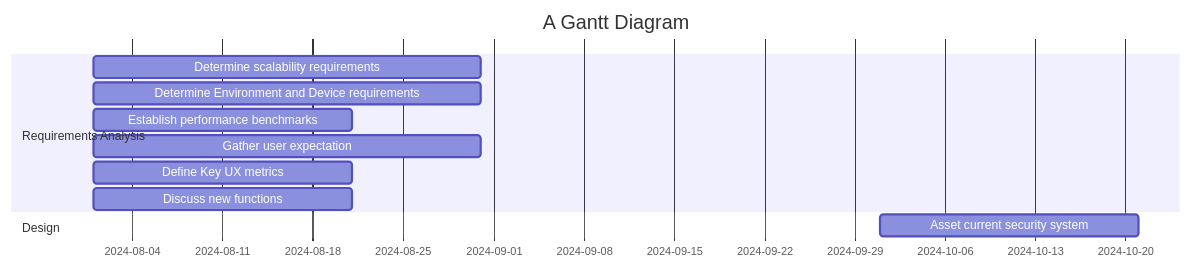
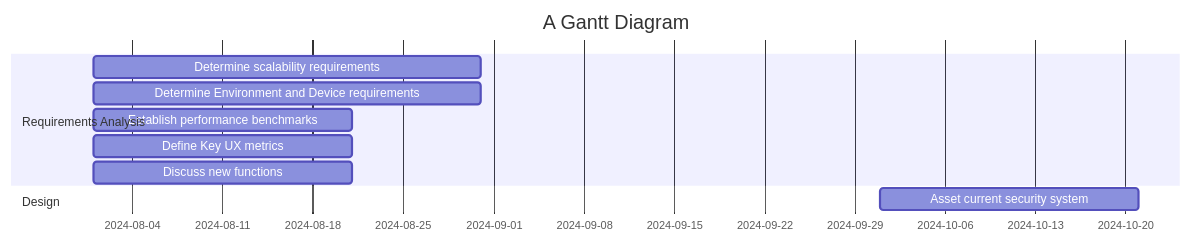
Before and after one commit to sayshelley/iodraw-files: the diagram in all/Untitled-2.md, drawn with Mermaid.

Commit message:
2024-10-05 00:18:08 update

````diff
--- a/all/Untitled-2.md
+++ b/all/Untitled-2.md
@@ -1,21 +1,22 @@
 ```mermaid
 gantt
     title A Gantt Diagram
     dateFormat  YYYY-MM-DD
     section Requirements Analysis
         Determine scalability requirements: a1, 2024-08-01, 30d
         Determine Environment and Device requirements: a2, 2024-08-01, 30d
         Establish performance benchmarks: a3, 2024-08-01, 20d
-        Gather user expectation: a4, 2024-08-01, 30d
+        
         Define Key UX metrics: a5, 2024-08-01, 20d
         Discuss new functions: a6, 2024-08-01, 20d
     section Design
         Asset current security system: b1, 2024-10-01, 20d
+
     section Develop
 
 
     
 
 
    
 ```
````
